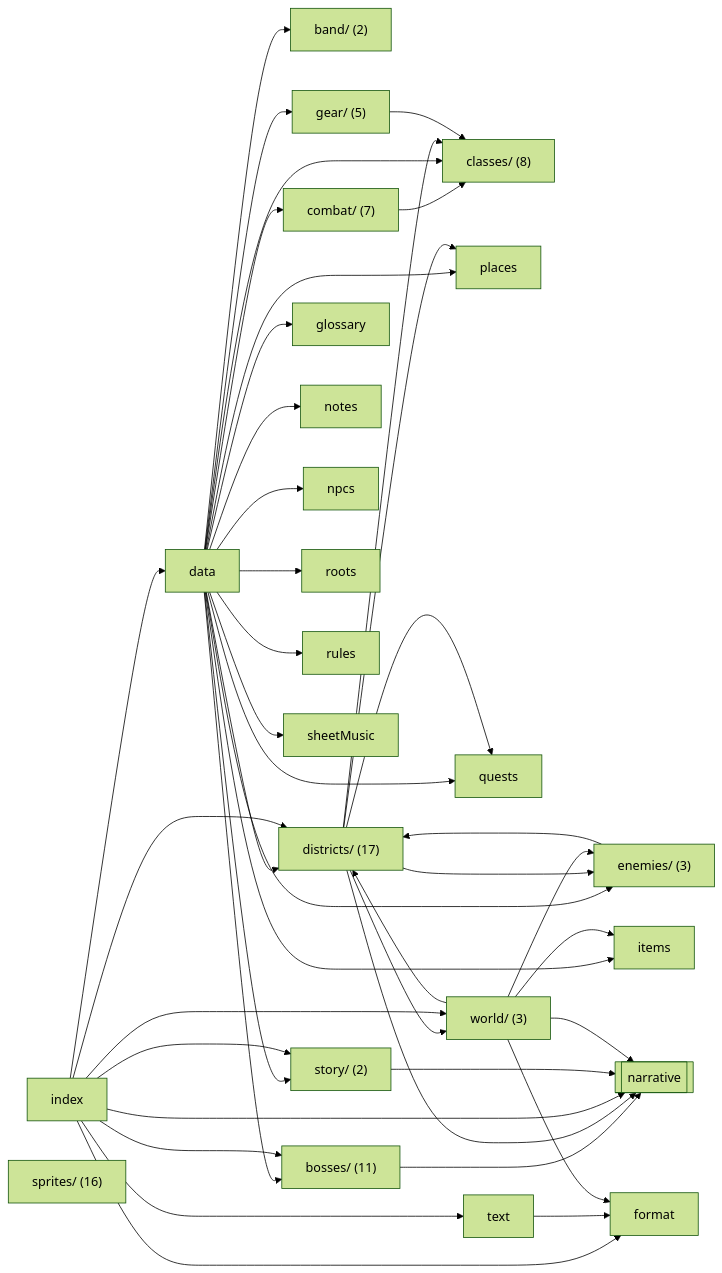
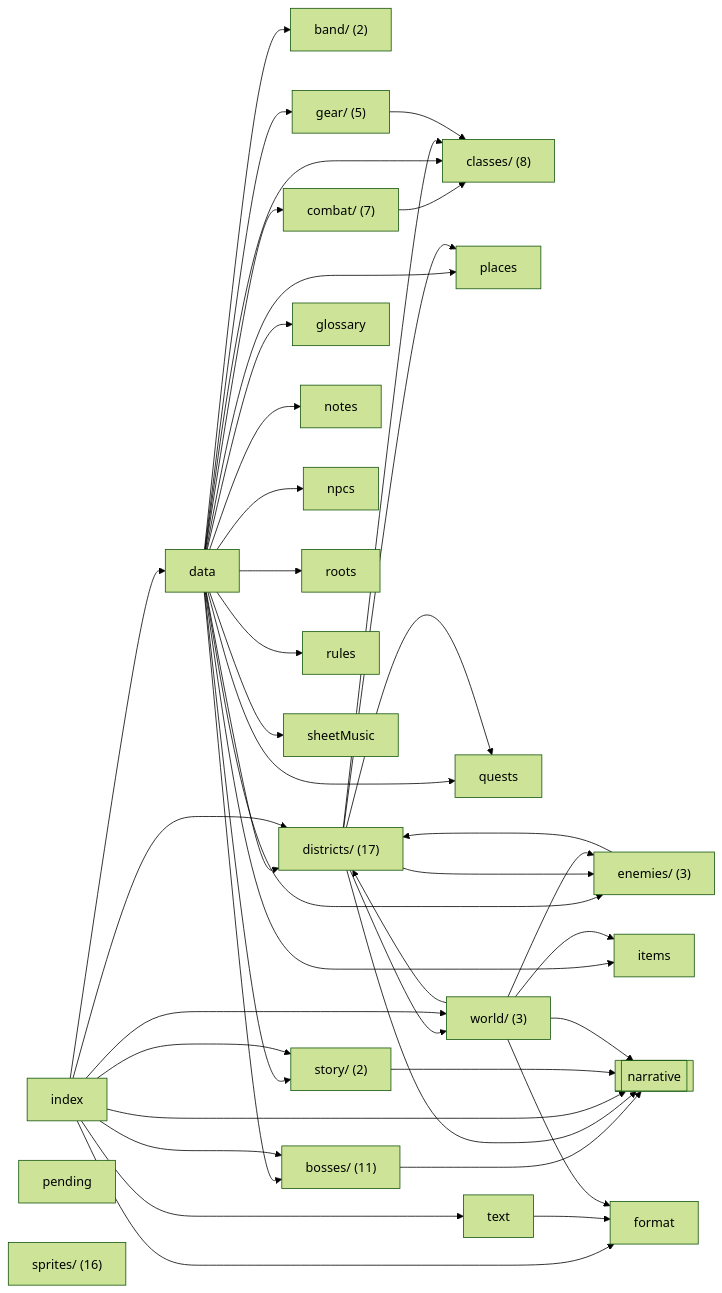
The diagram in docs/reference/code-map/content.md (OrangeB0lt/Cyber-funk), drawn with Mermaid (forest theme) before and after one commit. The commit also changed other lines of this file and 12 other files, not shown here.

````diff
--- a/docs/reference/code-map/content.md
+++ b/docs/reference/code-map/content.md
@@ -11,69 +11,70 @@
 ```mermaid
 flowchart LR
   n_band_["band/ (2)"]
   n_bosses_["bosses/ (11)"]
   n_classes_["classes/ (8)"]
   n_combat_["combat/ (7)"]
   n_data["data"]
   n_districts_["districts/ (17)"]
   n_enemies_["enemies/ (3)"]
   n_format["format"]
   n_gear_["gear/ (5)"]
   n_glossary["glossary"]
   n_index["index"]
   n_items["items"]
   n_notes["notes"]
   n_npcs["npcs"]
+  n_pending["pending"]
   n_places["places"]
   n_quests["quests"]
   n_roots["roots"]
   n_rules["rules"]
   n_sheetMusic["sheetMusic"]
   n_sprites_["sprites/ (16)"]
   n_story_["story/ (2)"]
   n_text["text"]
   n_world_["world/ (3)"]
   n_ext_narrative[["narrative"]]
   n_bosses_ --> n_ext_narrative
   n_combat_ --> n_classes_
   n_data --> n_band_
   n_data --> n_bosses_
   n_data --> n_classes_
   n_data --> n_combat_
   n_data --> n_districts_
   n_data --> n_enemies_
   n_data --> n_gear_
   n_data --> n_glossary
   n_data --> n_items
   n_data --> n_notes
   n_data --> n_npcs
   n_data --> n_places
   n_data --> n_quests
   n_data --> n_roots
   n_data --> n_rules
   n_data --> n_sheetMusic
   n_data --> n_story_
   n_districts_ --> n_classes_
   n_districts_ --> n_enemies_
   n_districts_ --> n_ext_narrative
   n_districts_ --> n_places
   n_districts_ --> n_quests
   n_districts_ --> n_world_
   n_enemies_ --> n_districts_
   n_gear_ --> n_classes_
   n_index --> n_bosses_
   n_index --> n_data
   n_index --> n_districts_
   n_index --> n_ext_narrative
   n_index --> n_format
   n_index --> n_story_
   n_index --> n_text
   n_index --> n_world_
   n_story_ --> n_ext_narrative
   n_text --> n_format
   n_world_ --> n_districts_
   n_world_ --> n_enemies_
   n_world_ --> n_ext_narrative
   n_world_ --> n_format
   n_world_ --> n_items
 ```
````
